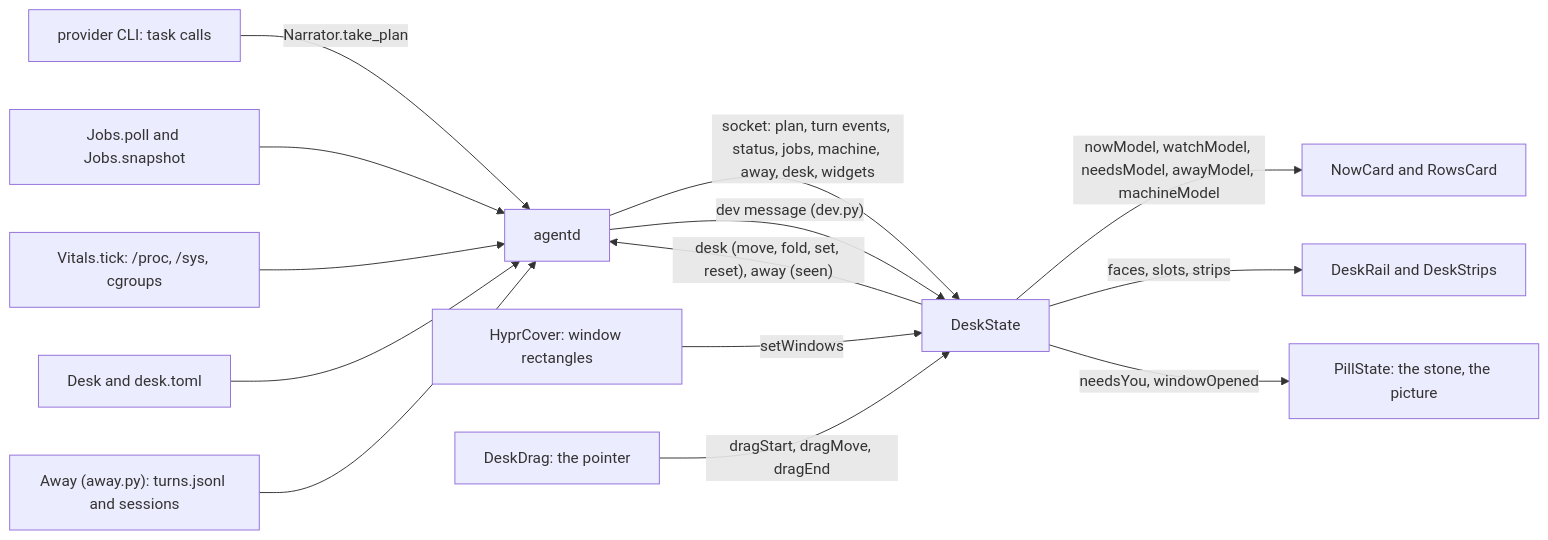
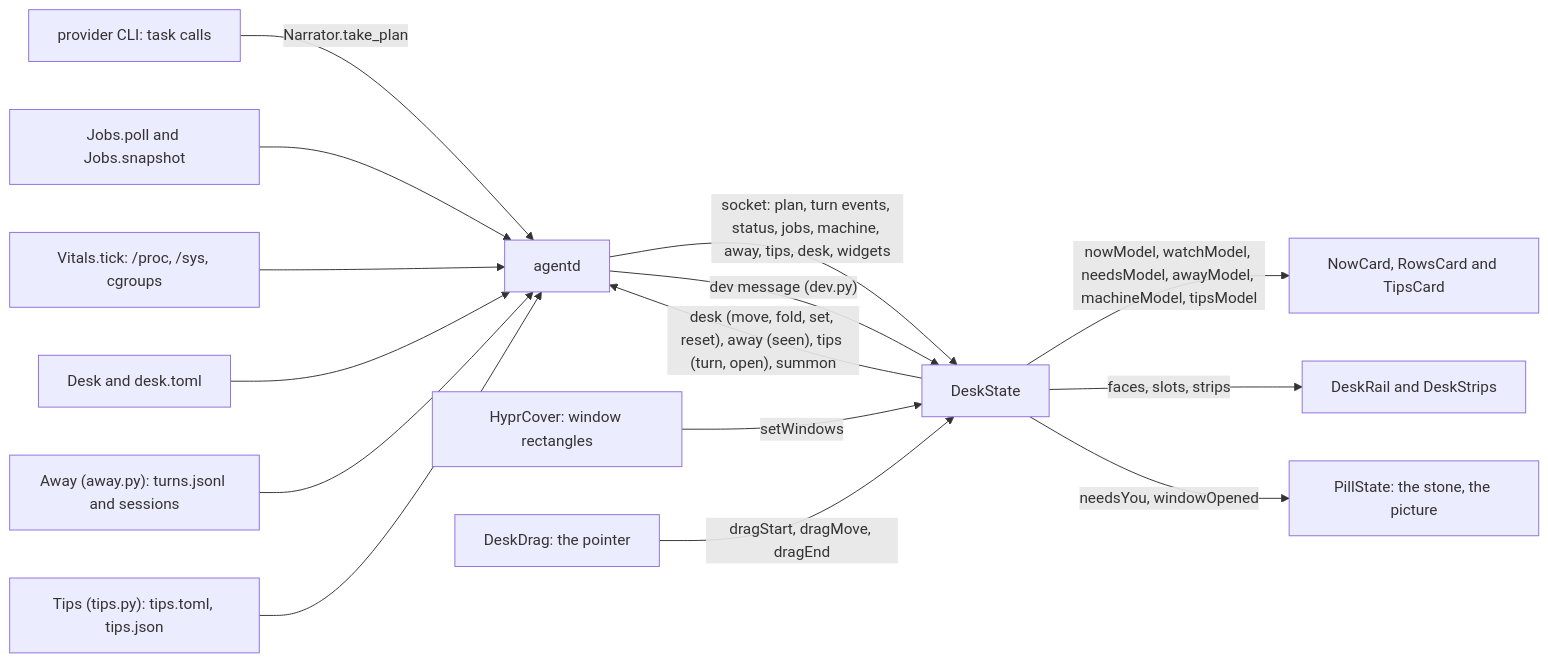
One commit to thedefaultman/Bombadil changed the first of 8 diagrams in docs/architecture/desk.md. Above: the diagram before and after it, drawn with Mermaid. The commit also changed other lines of this file and 22 other files, not shown here.

First line of the commit message:
docs: architecture, UX and brand pages brought up to date for the installed OS, the Tips app and card, and idle cost

````diff
--- a/docs/architecture/desk.md
+++ b/docs/architecture/desk.md
@@ -14,16 +14,17 @@
 ```mermaid
 flowchart LR
     CLI["provider CLI: task calls"] -->|"Narrator.take_plan"| AGD["agentd"]
     JOBS["Jobs.poll and Jobs.snapshot"] --> AGD
     VIT["Vitals.tick: /proc, /sys, cgroups"] --> AGD
     DESKPY["Desk and desk.toml"] --> AGD
     AWAY["Away (away.py): turns.jsonl and sessions"] --> AGD
-    AGD -->|"socket: plan, turn events, status, jobs, machine, away, desk, widgets"| DS["DeskState"]
+    TIPS["Tips (tips.py): tips.toml, tips.json"] --> AGD
+    AGD -->|"socket: plan, turn events, status, jobs, machine, away, tips, desk, widgets"| DS["DeskState"]
     AGD -->|"dev message (dev.py)"| DS
     COVER["HyprCover: window rectangles"] -->|"setWindows"| DS
     GRIP["DeskDrag: the pointer"] -->|"dragStart, dragMove, dragEnd"| DS
-    DS -->|"desk (move, fold, set, reset), away (seen)"| AGD
-    DS -->|"nowModel, watchModel, needsModel, awayModel, machineModel"| CARDS["NowCard and RowsCard"]
+    DS -->|"desk (move, fold, set, reset), away (seen), tips (turn, open), summon"| AGD
+    DS -->|"nowModel, watchModel, needsModel, awayModel, machineModel, tipsModel"| CARDS["NowCard, RowsCard and TipsCard"]
     DS -->|"faces, slots, strips"| DRAW["DeskRail and DeskStrips"]
     DS -->|"needsYou, windowOpened"| PILL["PillState: the stone, the picture"]
 ```
````
